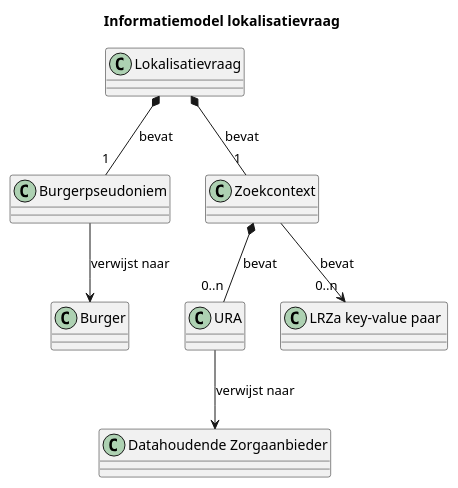
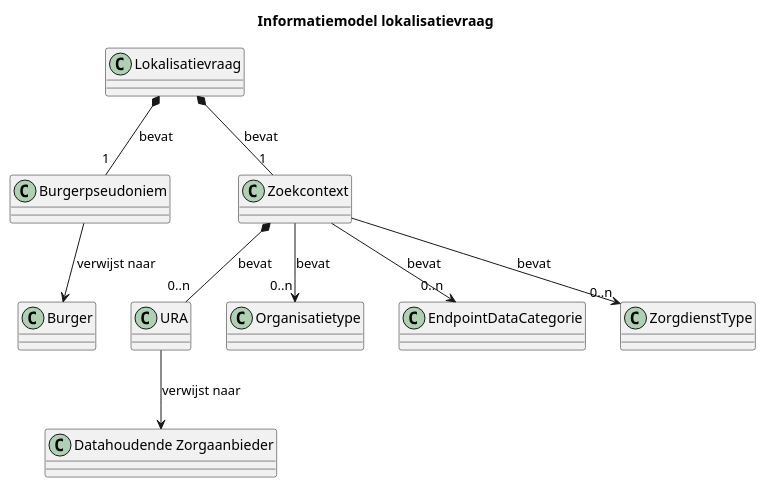
The diagram in FO/infomodel_vraag.plantuml (jorritspee/gf-lokalisatie-plantuml), drawn with PlantUML before and after one commit. The commit also changed 6 other files, not shown here.

```diff
--- a/FO/infomodel_vraag.plantuml
+++ b/FO/infomodel_vraag.plantuml
@@ -1,35 +1,43 @@
 @startuml
 title Informatiemodel lokalisatievraag
 
 class "Lokalisatievraag" {
 }
 
 class Burgerpseudoniem {
 }
 
 class "Zoekcontext" {
 }
 
 class URA {
 }
 
+class Organisatietype{}
+
+class EndpointDataCategorie{}
+
+class ZorgdienstType{}
+
 class Burger {
 }
 
 class "Datahoudende Zorgaanbieder" {
 }
 
 ' Composition relationships (filled diamond on Lokalisatievraag side)
 "Lokalisatievraag"  *-- "1" Burgerpseudoniem : "bevat"
 "Lokalisatievraag" *-- "1" "Zoekcontext" : "bevat"
 
 ' Relationships from Burgerpseudoniem
 Burgerpseudoniem --> Burger : "verwijst naar"
 
 ' Relationship from Zoekcontext
-"Zoekcontext" *-- "0..n" URA : "bevat"
-Zoekcontext --> "0..n" "LRZa key-value paar " : "bevat"
+Zoekcontext *-- "0..n" URA : "bevat"
+Zoekcontext --> "0..n" Organisatietype : "bevat"
+Zoekcontext --> "0..n" EndpointDataCategorie : "bevat"
+Zoekcontext --> "0..n" ZorgdienstType : "bevat"
 
 URA --> "Datahoudende Zorgaanbieder" : "verwijst naar"
 
 @enduml
```
